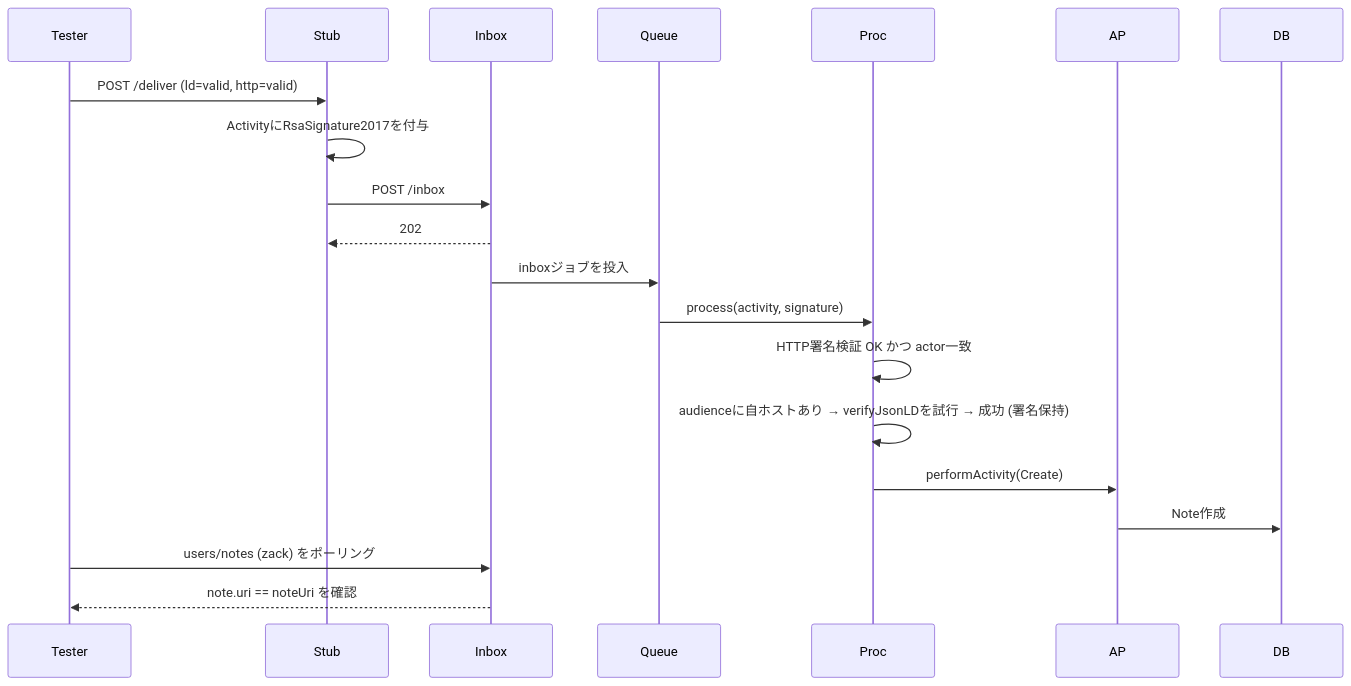
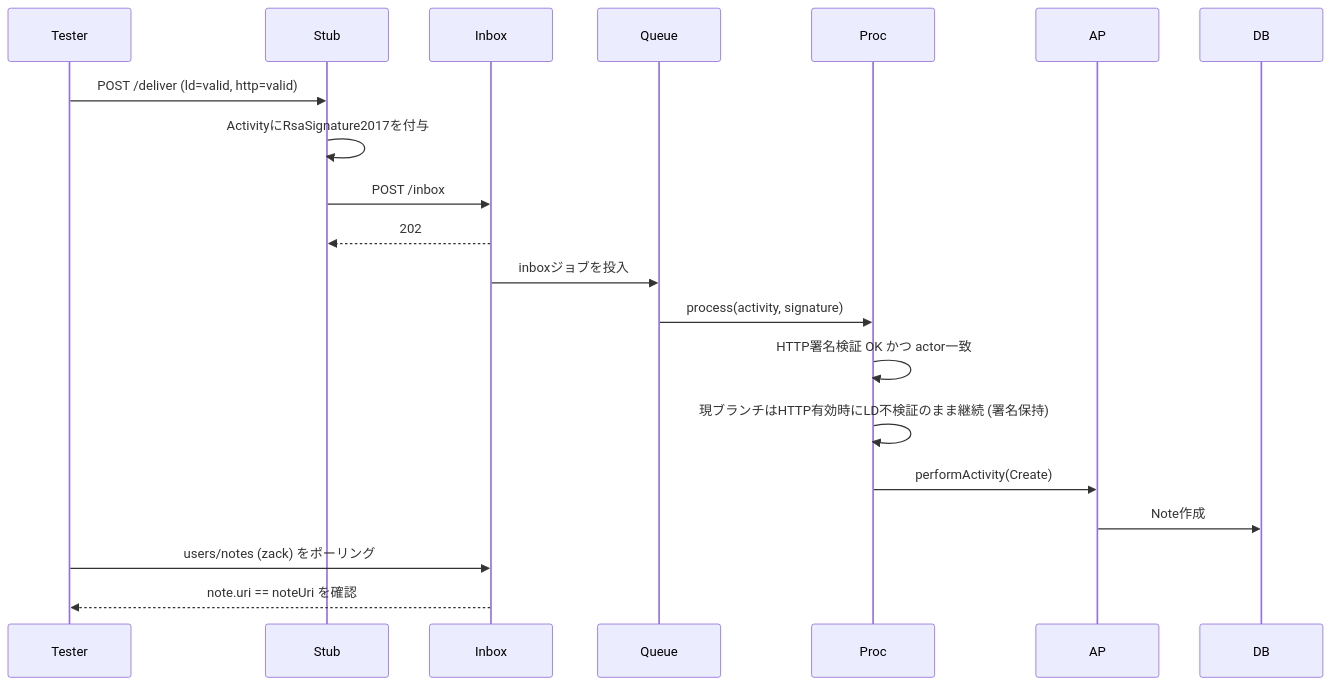
The second of 11 diagrams in packages/backend/test-federation/test/json-ld-signature.sequence.md (4ster1sk/cherrypick), drawn with Mermaid before and after one commit. The commit also changed other lines of this file and 3 other files, not shown here.

````diff
--- a/packages/backend/test-federation/test/json-ld-signature.sequence.md
+++ b/packages/backend/test-federation/test/json-ld-signature.sequence.md
@@ -29,15 +29,15 @@
 ```mermaid
 sequenceDiagram
     Tester->>Stub: POST /deliver (ld=valid, http=valid)
     Stub->>Stub: ActivityにRsaSignature2017を付与
     Stub->>Inbox: POST /inbox
     Inbox-->>Stub: 202
     Inbox->>Queue: inboxジョブを投入
     Queue->>Proc: process(activity, signature)
     Proc->>Proc: HTTP署名検証 OK かつ actor一致
-    Proc->>Proc: audienceに自ホストあり → verifyJsonLDを試行 → 成功 (署名保持)
+    Proc->>Proc: 現ブランチはHTTP有効時にLD不検証のまま継続 (署名保持)
     Proc->>AP: performActivity(Create)
     AP->>DB: Note作成
     Tester->>Inbox: users/notes (zack) をポーリング
     Inbox-->>Tester: note.uri == noteUri を確認
 ```
````
